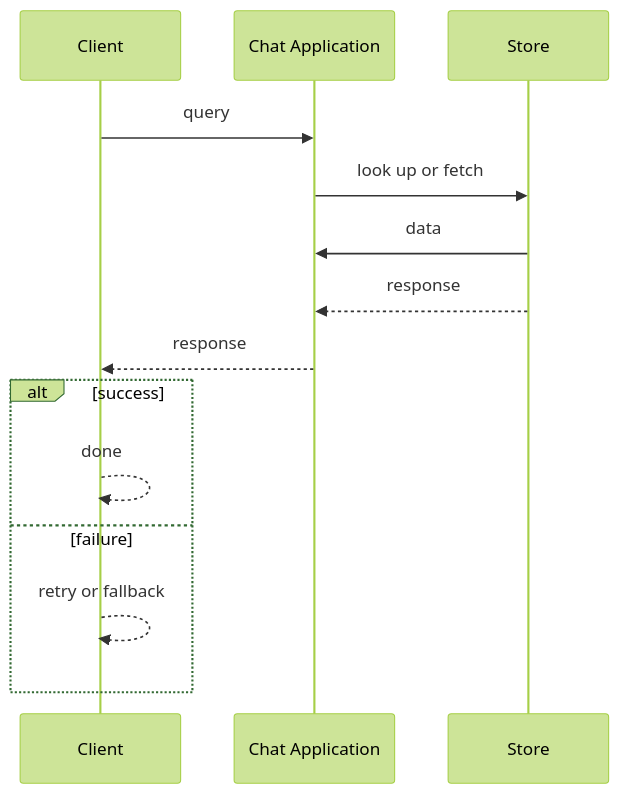
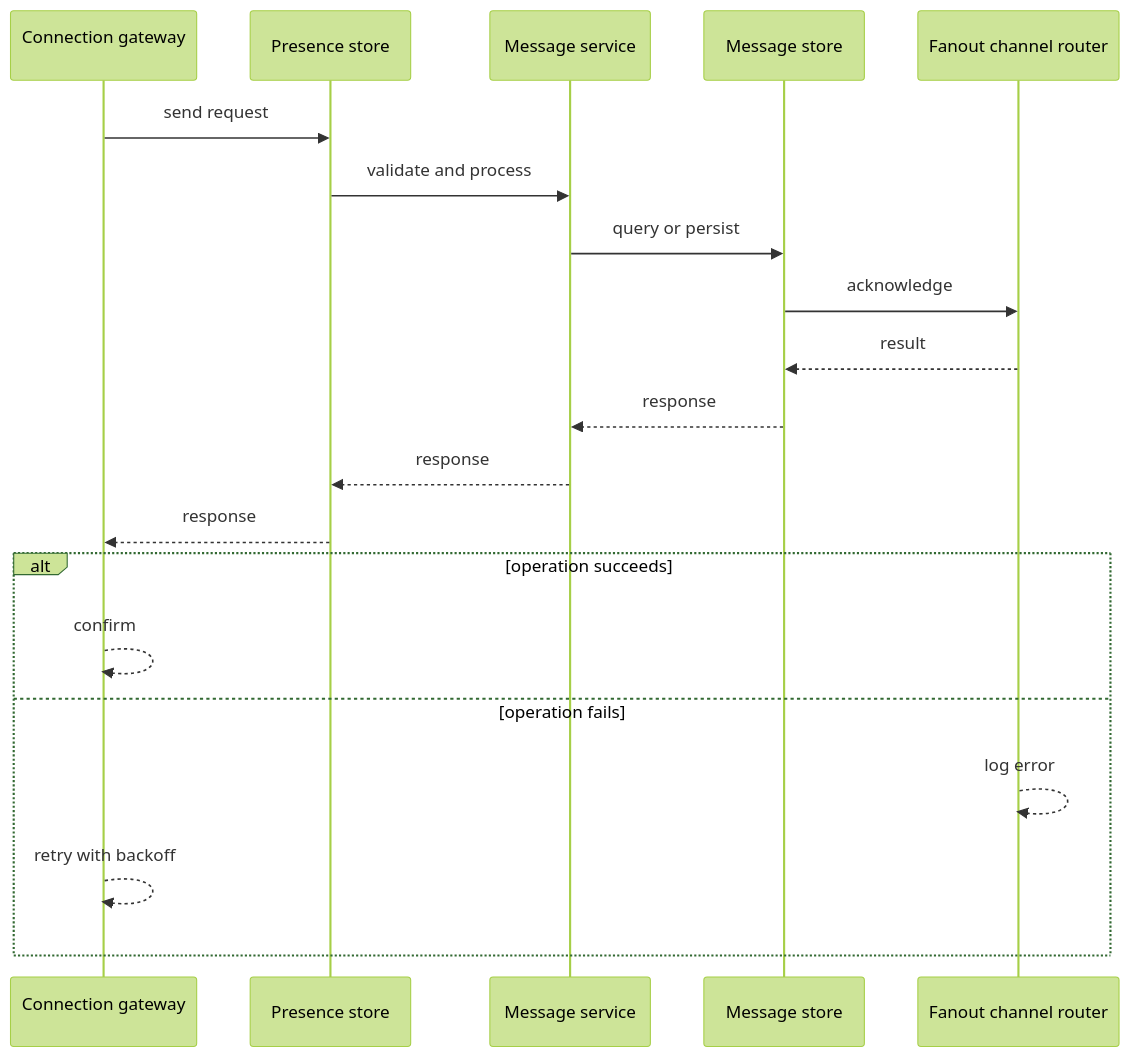
The second of 4 diagrams in case-studies/intermediate/chat-application.md (RIT-MESH/system-design-mastery), drawn with Mermaid (forest theme) before and after one commit. The commit also changed other lines of this file and 64 other files, not shown here.

````diff
--- a/case-studies/intermediate/chat-application.md
+++ b/case-studies/intermediate/chat-application.md
@@ -76,17 +65,23 @@
 ```mermaid
 %% created-for: system-design-mastery
 sequenceDiagram
-  participant P0 as Client
-  participant P1 as Chat Application
-  participant P2 as Store
-  P0 ->> P1: query
-  P1 ->> P2: look up or fetch
-  P2 ->> P1: data
-  P2 -->> P1: response
-  P1 -->> P0: response
-  alt success
-    P0 -->> P0: done
-  else failure
-    P0 -->> P0: retry or fallback
+  participant C0 as Connection gateway<br >
+  participant C1 as Presence store
+  participant C2 as Message service
+  participant C3 as Message store
+  participant C4 as Fanout channel router
+  C0 ->> C1: send request
+  C1 ->> C2: validate and process
+  C2 ->> C3: query or persist
+  C3 ->> C4: acknowledge
+  C4 -->> C3: result
+  C3 -->> C2: response
+  C2 -->> C1: response
+  C1 -->> C0: response
+  alt operation succeeds
+    C0 -->> C0: confirm
+  else operation fails
+    C4 -->> C4: log error
+    C0 -->> C0: retry with backoff
   end
 ```
````
